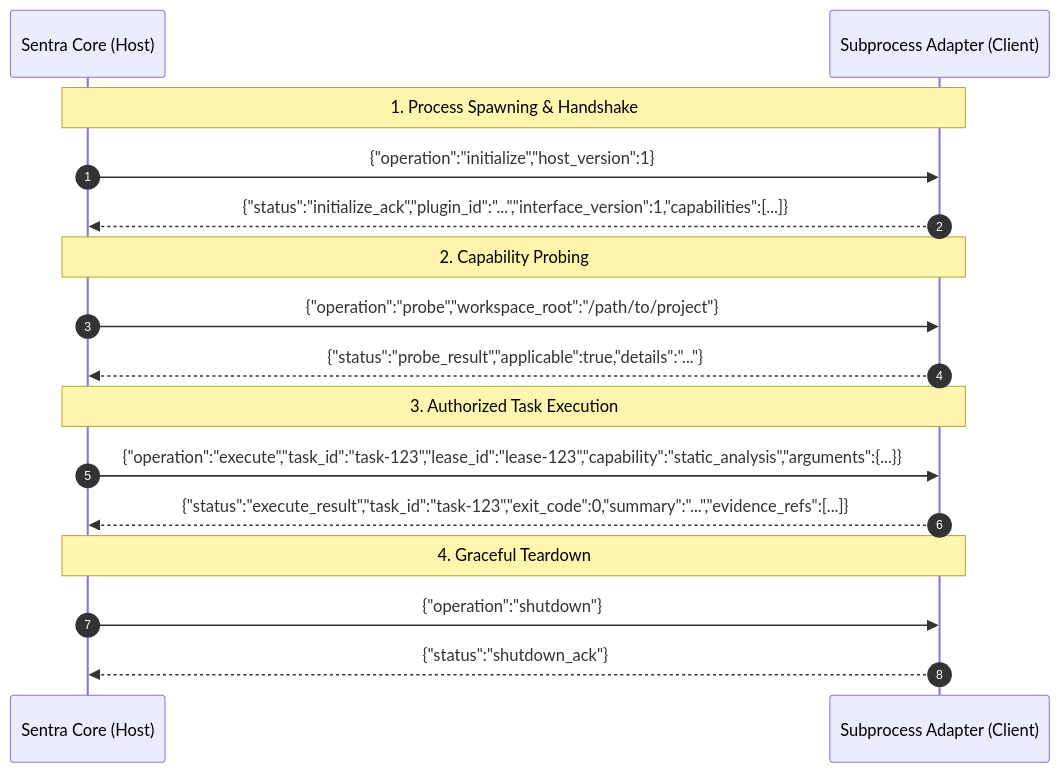
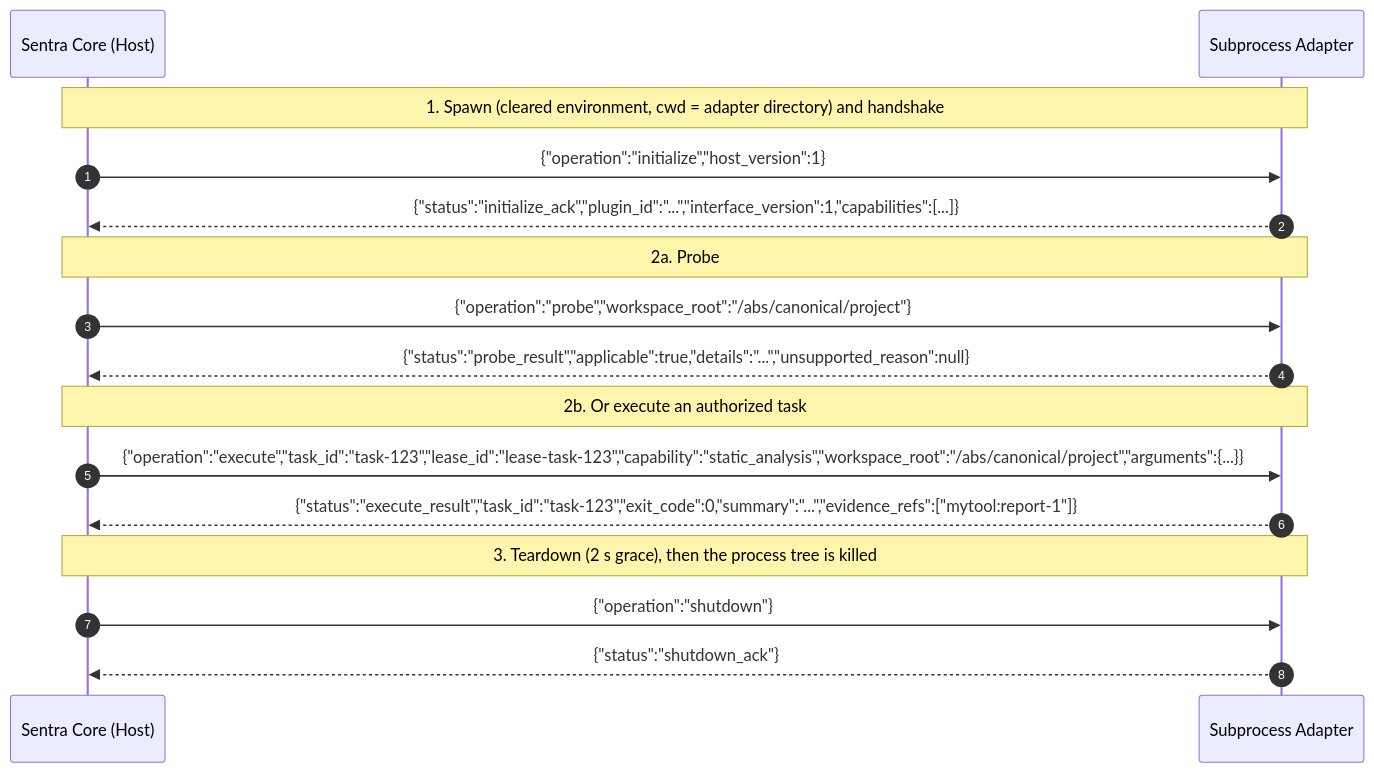
Before and after one commit to Taiizor/Sentra: the diagram in docs/PLUGINS_GUIDE.md, drawn with Mermaid. The commit also changed other lines of this file and 83 other files, not shown here.

````diff
--- a/docs/PLUGINS_GUIDE.md
+++ b/docs/PLUGINS_GUIDE.md
@@ -168,22 +163,22 @@
 ```mermaid
 sequenceDiagram
     autonumber
     participant Host as Sentra Core (Host)
-    participant Adapter as Subprocess Adapter (Client)
+    participant Adapter as Subprocess Adapter
 
-    Note over Host,Adapter: 1. Process Spawning & Handshake
+    Note over Host,Adapter: 1. Spawn (cleared environment, cwd = adapter directory) and handshake
     Host->>Adapter: {"operation":"initialize","host_version":1}
     Adapter-->>Host: {"status":"initialize_ack","plugin_id":"...","interface_version":1,"capabilities":[...]}
 
-    Note over Host,Adapter: 2. Capability Probing
-    Host->>Adapter: {"operation":"probe","workspace_root":"/path/to/project"}
-    Adapter-->>Host: {"status":"probe_result","applicable":true,"details":"..."}
+    Note over Host,Adapter: 2a. Probe
+    Host->>Adapter: {"operation":"probe","workspace_root":"/abs/canonical/project"}
+    Adapter-->>Host: {"status":"probe_result","applicable":true,"details":"...","unsupported_reason":null}
 
-    Note over Host,Adapter: 3. Authorized Task Execution
-    Host->>Adapter: {"operation":"execute","task_id":"task-123","lease_id":"lease-123","capability":"static_analysis","arguments":{...}}
-    Adapter-->>Host: {"status":"execute_result","task_id":"task-123","exit_code":0,"summary":"...","evidence_refs":[...]}
+    Note over Host,Adapter: 2b. Or execute an authorized task
+    Host->>Adapter: {"operation":"execute","task_id":"task-123","lease_id":"lease-task-123","capability":"static_analysis","workspace_root":"/abs/canonical/project","arguments":{...}}
+    Adapter-->>Host: {"status":"execute_result","task_id":"task-123","exit_code":0,"summary":"...","evidence_refs":["mytool:report-1"]}
 
-    Note over Host,Adapter: 4. Graceful Teardown
+    Note over Host,Adapter: 3. Teardown (2 s grace), then the process tree is killed
     Host->>Adapter: {"operation":"shutdown"}
     Adapter-->>Host: {"status":"shutdown_ack"}
 ```
````
